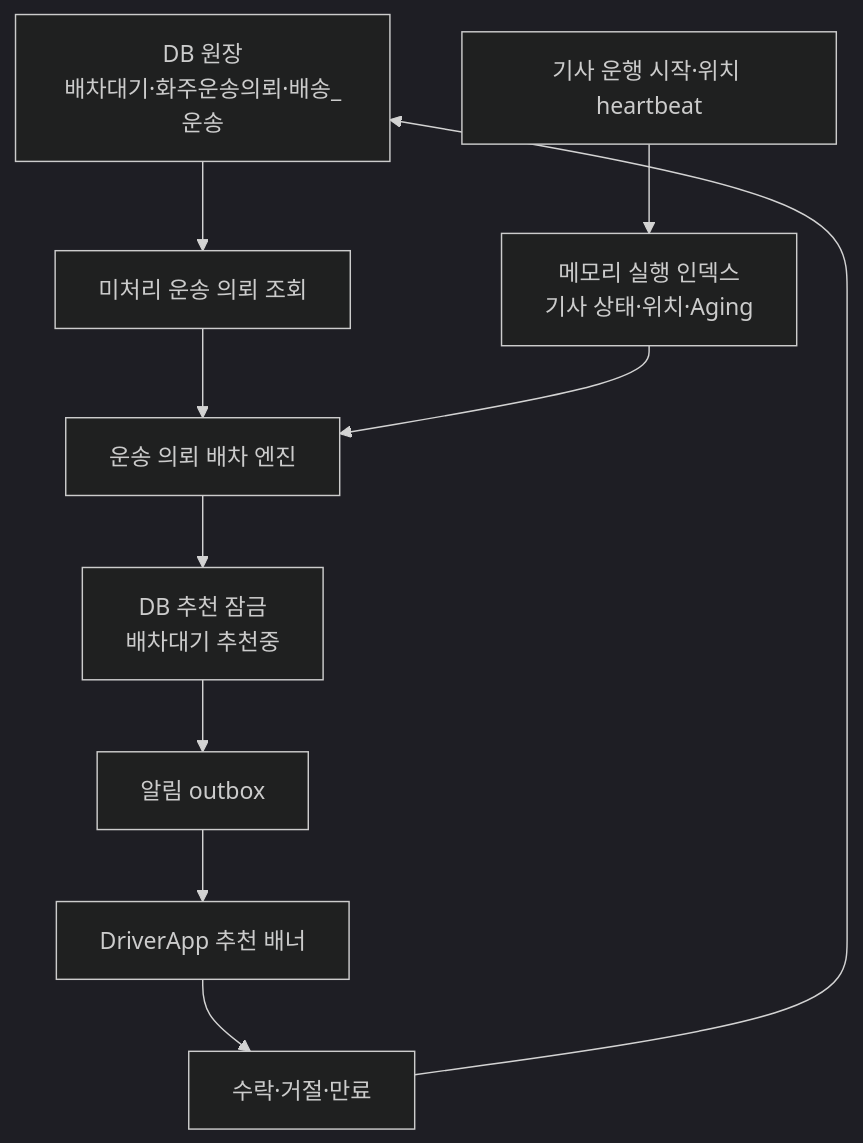
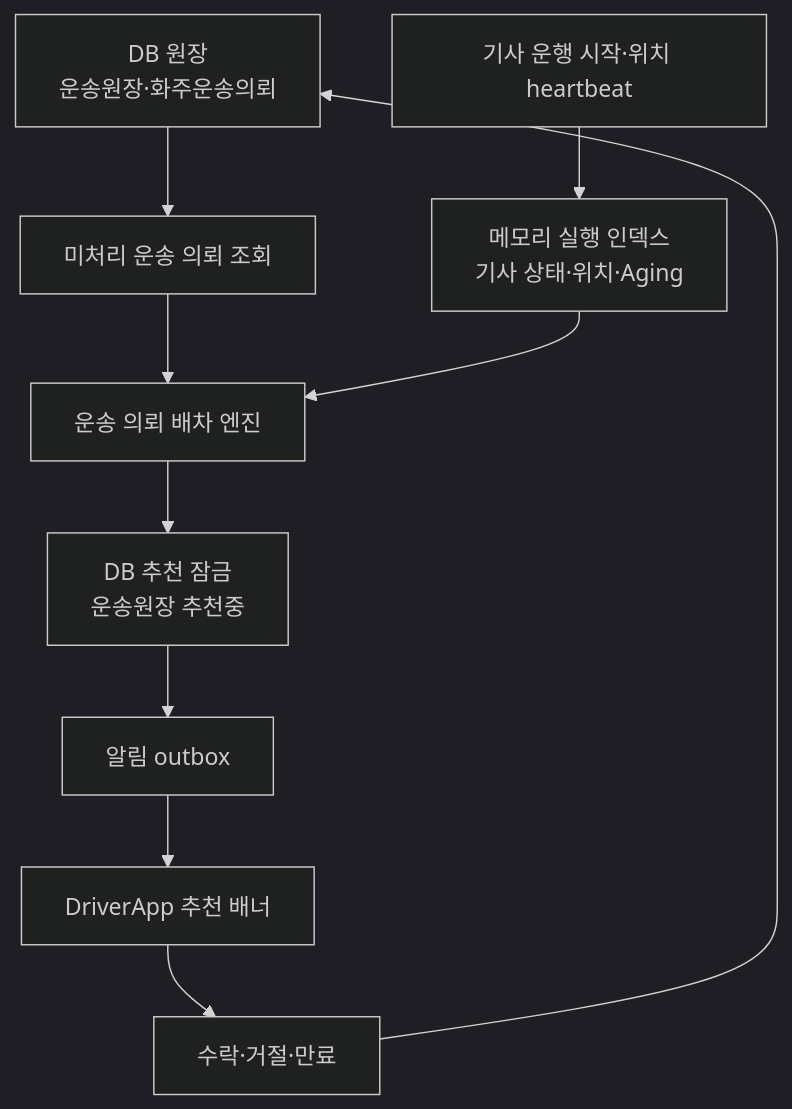
One commit to cheolwo/hongdal changed the diagram in docs/Architecture/DispatchQueueResponsibility.md. Above: the diagram before and after it, drawn with Mermaid (dark theme). The commit also changed other lines of this file and 8 other files, not shown here.

````diff
--- a/docs/Architecture/DispatchQueueResponsibility.md
+++ b/docs/Architecture/DispatchQueueResponsibility.md
@@ -45,12 +47,12 @@
 ```mermaid
 flowchart TD
-    DB["DB 원장<br/>배차대기·화주운송의뢰·배송_운송"] --> Load["미처리 운송 의뢰 조회"]
+    DB["DB 원장<br/>운송원장·화주운송의뢰"] --> Load["미처리 운송 의뢰 조회"]
     Heartbeat["기사 운행 시작·위치 heartbeat"] --> Index["메모리 실행 인덱스<br/>기사 상태·위치·Aging"]
     Load --> Engine["운송 의뢰 배차 엔진"]
     Index --> Engine
-    Engine --> Lock["DB 추천 잠금<br/>배차대기 추천중"]
+    Engine --> Lock["DB 추천 잠금<br/>운송원장 추천중"]
     Lock --> Outbox["알림 outbox"]
     Outbox --> Driver["DriverApp 추천 배너"]
     Driver --> Decision["수락·거절·만료"]
     Decision --> DB
 ```
````
